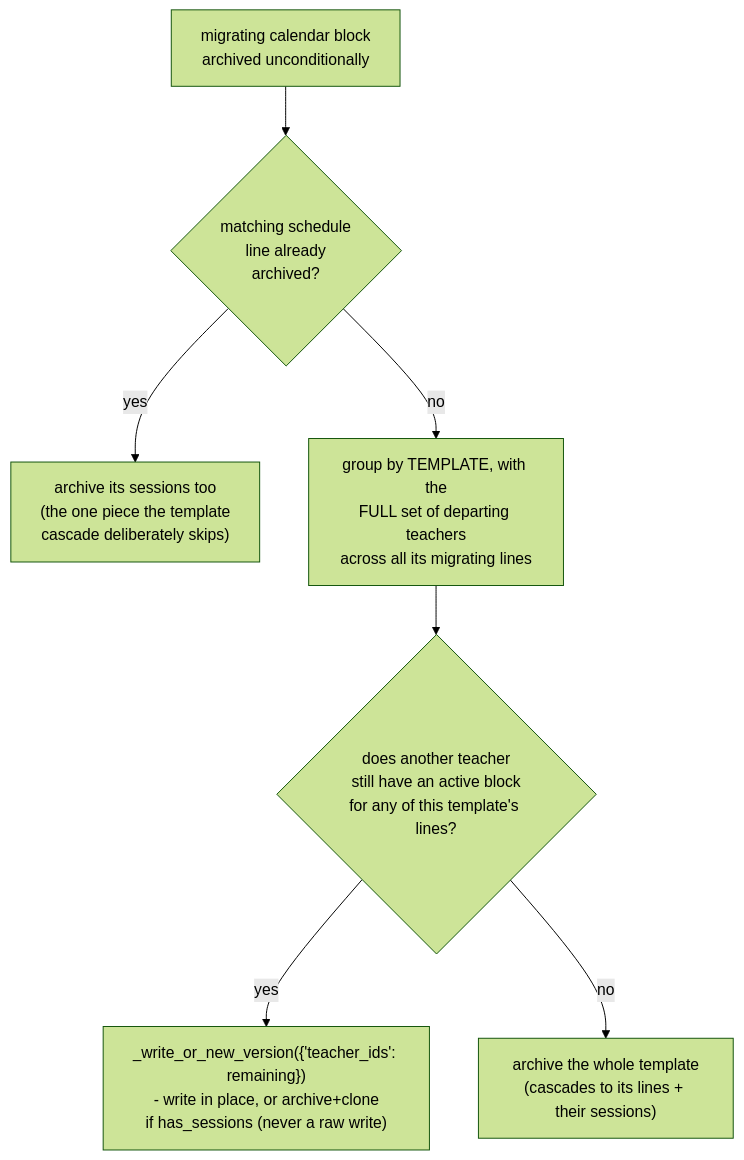
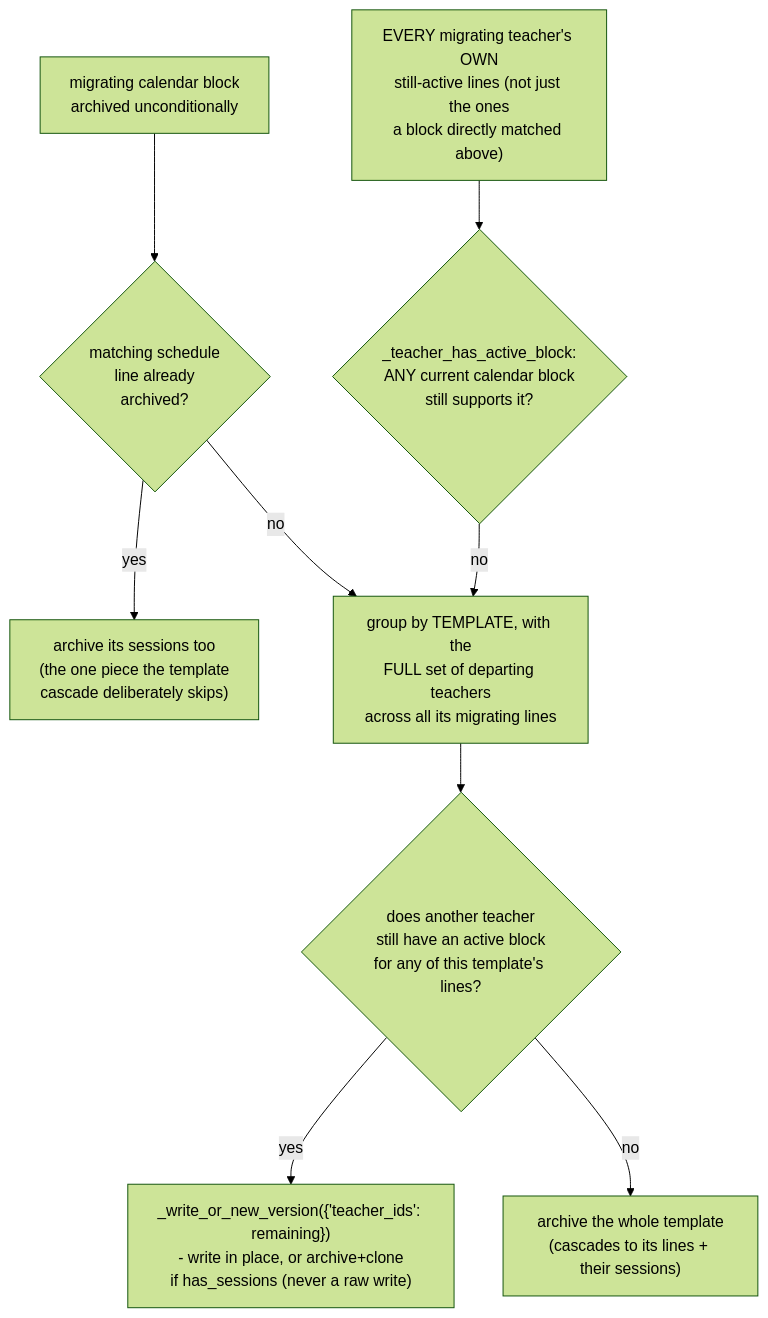
The third of 7 diagrams in docs/en/developers/settings/course_transition_wizard.md (ElPuig/EMS), drawn with Mermaid (forest theme) before and after one commit. The commit also changed other lines of this file and 7 other files, not shown here.

````diff
--- a/docs/en/developers/settings/course_transition_wizard.md
+++ b/docs/en/developers/settings/course_transition_wizard.md
@@ -139,9 +140,11 @@
 ```mermaid
 flowchart TD
     B["migrating calendar block\narchived unconditionally"] --> L{"matching schedule\nline already\narchived?"}
     L -- yes --> S1["archive its sessions too\n(the one piece the template\ncascade deliberately skips)"]
     L -- no --> G["group by TEMPLATE, with the\nFULL set of departing teachers\nacross all its migrating lines"]
     G --> O{"does another teacher\nstill have an active block\nfor any of this template's lines?"}
     O -- yes --> T["_write_or_new_version({'teacher_ids': remaining})\n- write in place, or archive+clone\nif has_sessions (never a raw write)"]
     O -- no --> S2["archive the whole template\n(cascades to its lines + their sessions)"]
+    B2["EVERY migrating teacher's OWN\nstill-active lines (not just the ones\na block directly matched above)"] --> N{"_teacher_has_active_block:\nANY current calendar block\nstill supports it?"}
+    N -- no --> G
 ```
````
